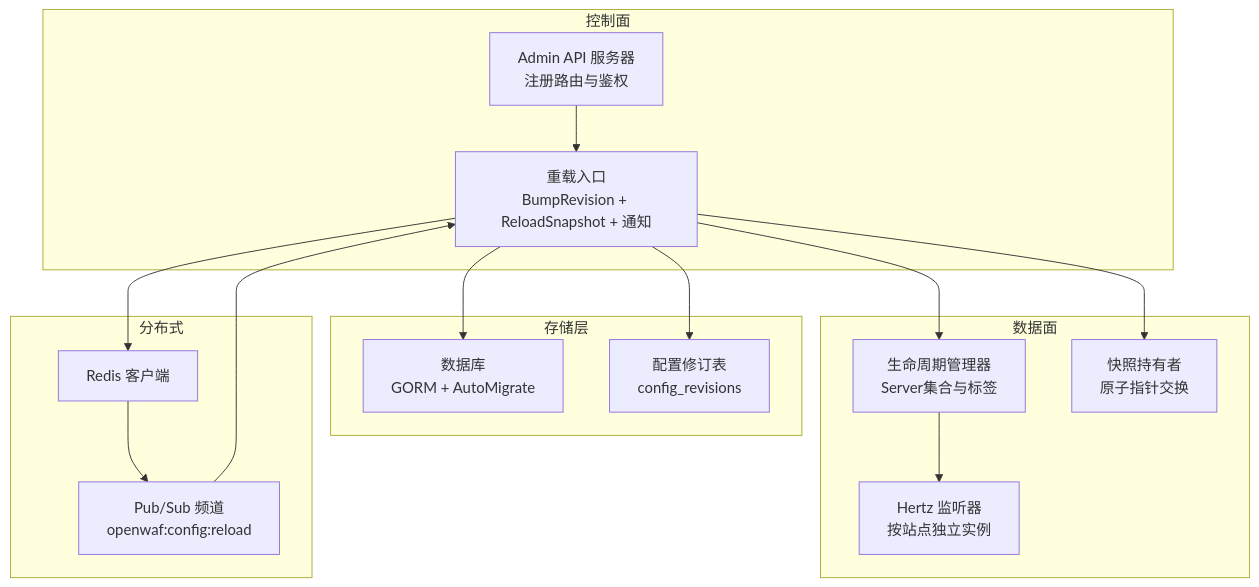
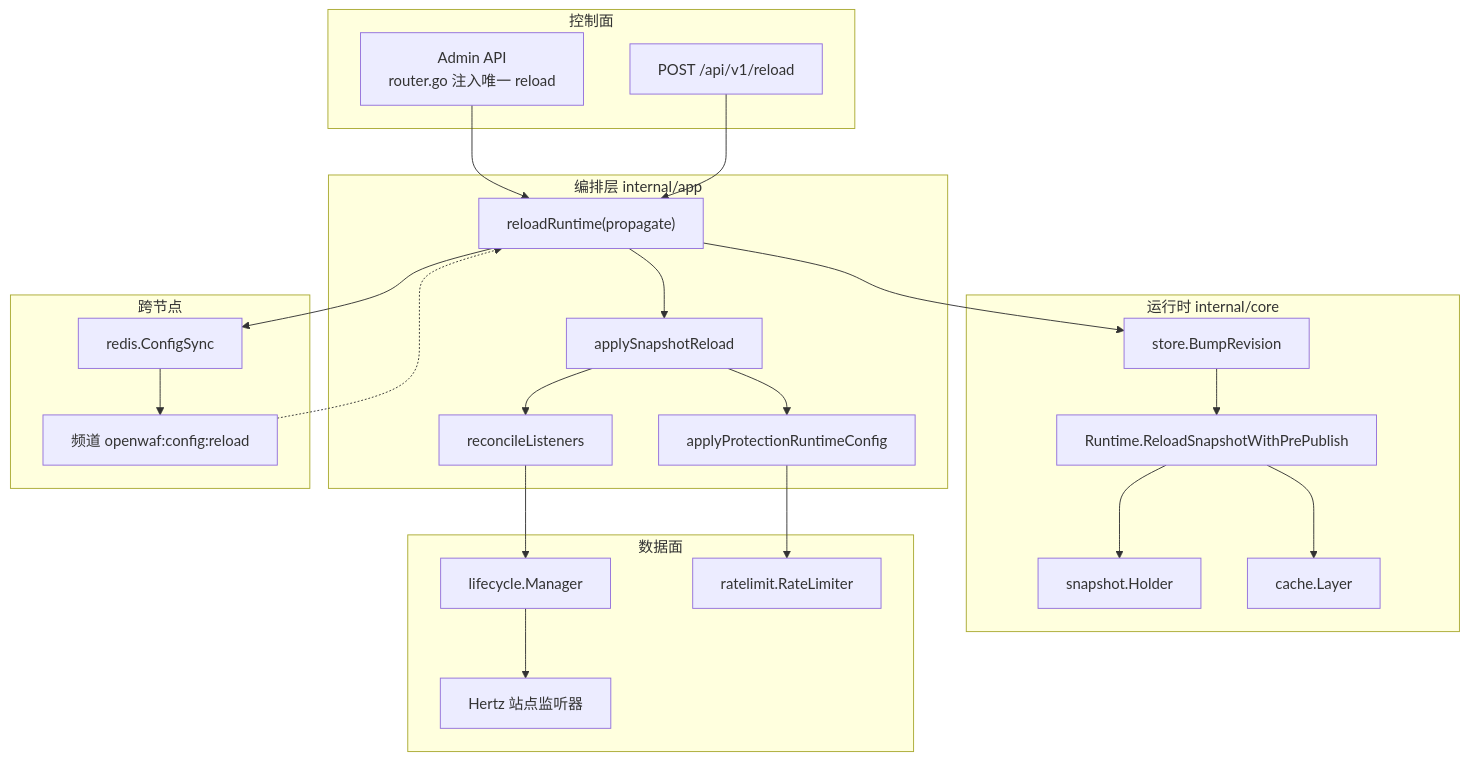
One commit to x01n/My-OpenWaf changed the first of 6 diagrams in docs/配置管理系统/热重载系统.md. Above: the diagram before and after it, drawn with Mermaid. The commit also changed other lines of this file and 622 other files, not shown here.

````diff
--- a/docs/配置管理系统/热重载系统.md
+++ b/docs/配置管理系统/热重载系统.md
@@ -45,29 +91,37 @@
 ```mermaid
 graph TB
 subgraph "控制面"
-Admin["Admin API 服务器<br/>注册路由与鉴权"]
-Reload["重载入口<br/>BumpRevision + ReloadSnapshot + 通知"]
+Admin["Admin API<br/>router.go 注入唯一 reload"]
+Manual["POST /api/v1/reload"]
+end
+subgraph "编排层 internal/app"
+RR["reloadRuntime(propagate)"]
+ASR["applySnapshotReload"]
+RL["reconcileListeners"]
+APR["applyProtectionRuntimeConfig"]
+end
+subgraph "运行时 internal/core"
+BR["store.BumpRevision"]
+RT["Runtime.ReloadSnapshotWithPrePublish"]
+Holder["snapshot.Holder"]
+Cache["cache.Layer"]
 end
 subgraph "数据面"
-LM["生命周期管理器<br/>Server集合与标签"]
-Hertz["Hertz 监听器<br/>按站点独立实例"]
-Snap["快照持有者<br/>原子指针交换"]
+LM["lifecycle.Manager"]
+Hertz["Hertz 站点监听器"]
+RLib["ratelimit.RateLimiter"]
 end
-subgraph "存储层"
-DB["数据库<br/>GORM + AutoMigrate"]
-Rev["配置修订表<br/>config_revisions"]
+subgraph "跨节点"
+CS["redis.ConfigSync"]
+Chan["频道 openwaf:config:reload"]
 end
-subgraph "分布式"
-Redis["Redis 客户端"]
-PubSub["Pub/Sub 频道<br/>openwaf:config:reload"]
-end
-Admin --> Reload
-Reload --> DB
-Reload --> Rev
-Reload --> Snap
-Reload --> LM
-LM --> Hertz
-Reload --> Redis
-Redis --> PubSub
-PubSub --> Reload
+Admin --> RR
+Manual --> RR
+RR --> BR --> RT
+RT --> Cache
+RT --> Holder
+RR --> ASR --> RL --> LM --> Hertz
+ASR --> APR --> RLib
+RR --> CS --> Chan
+Chan -.-> RR
 ```
````
